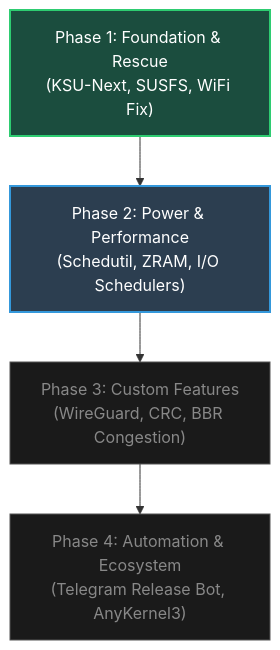
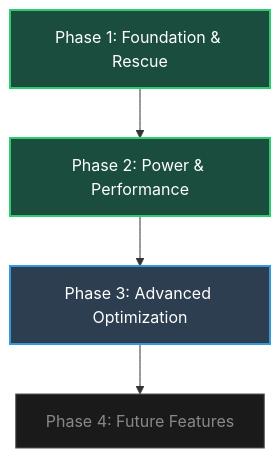
One commit to naidrahiqa/epitaph_kernel_xiaomi_fire_GKI changed the diagram in docs/ROADMAP.md. Above: the diagram before and after it, drawn with Mermaid. The commit also changed other lines of this file and 10 other files, not shown here.

````diff
--- a/docs/ROADMAP.md
+++ b/docs/ROADMAP.md
@@ -8,15 +7,15 @@
 ```mermaid
 graph TD
     classDef completed fill:#1b4d3e,stroke:#2ecc71,stroke-width:2px,color:#fff;
     classDef current fill:#2c3e50,stroke:#3498db,stroke-width:2px,color:#fff;
     classDef future fill:#1a1a1a,stroke:#555,stroke-width:1px,color:#888;
 
-    P1["Phase 1: Foundation & Rescue<br/>(KSU-Next, SUSFS, WiFi Fix)"]:::completed
-    P2["Phase 2: Power & Performance<br/>(Schedutil, ZRAM, I/O Schedulers)"]:::current
-    P3["Phase 3: Custom Features<br/>(WireGuard, CRC, BBR Congestion)"]:::future
-    P4["Phase 4: Automation & Ecosystem<br/>(Telegram Release Bot, AnyKernel3)"]:::future
+    P1["Phase 1: Foundation & Rescue"]:::completed
+    P2["Phase 2: Power & Performance"]:::completed
+    P3["Phase 3: Advanced Optimization"]:::current
+    P4["Phase 4: Future Features"]:::future
 
     P1 --> P2
     P2 --> P3
     P3 --> P4
 ```
````
